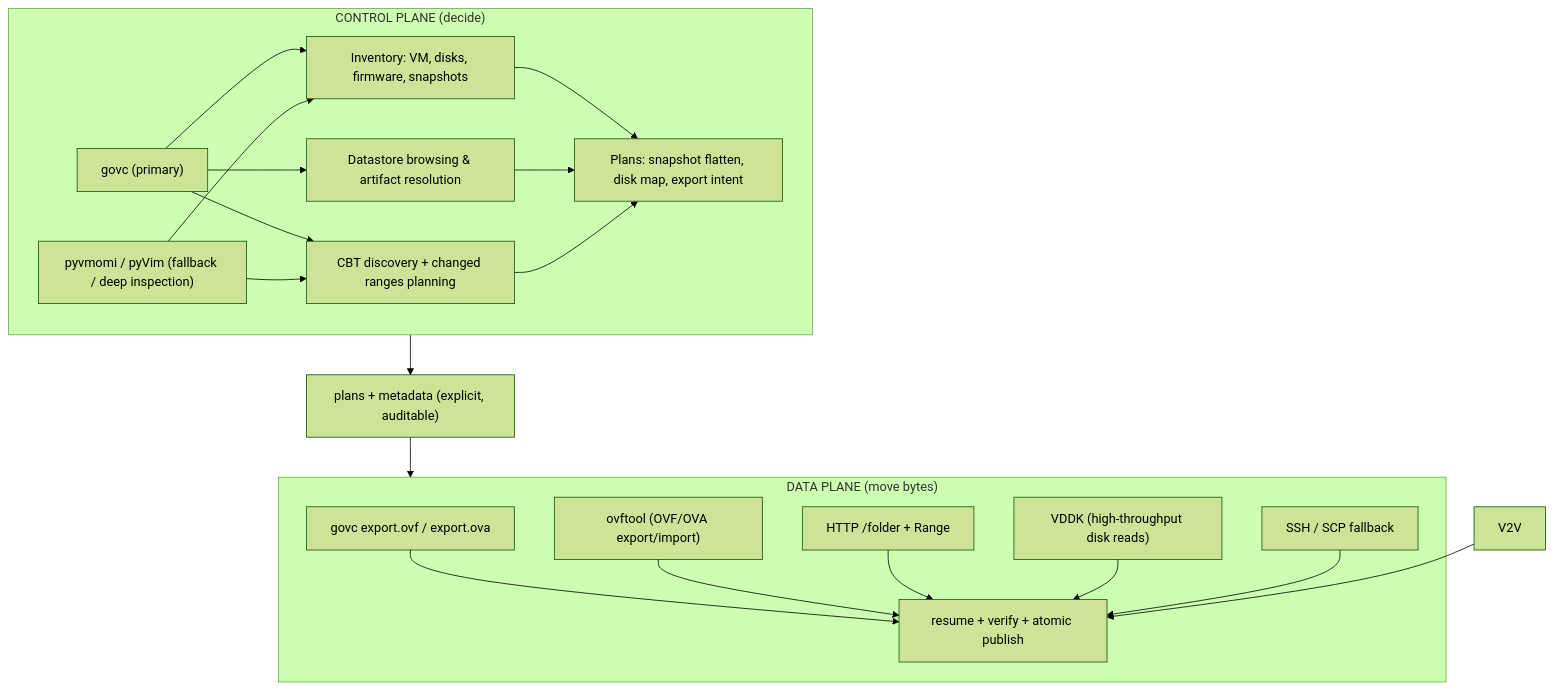
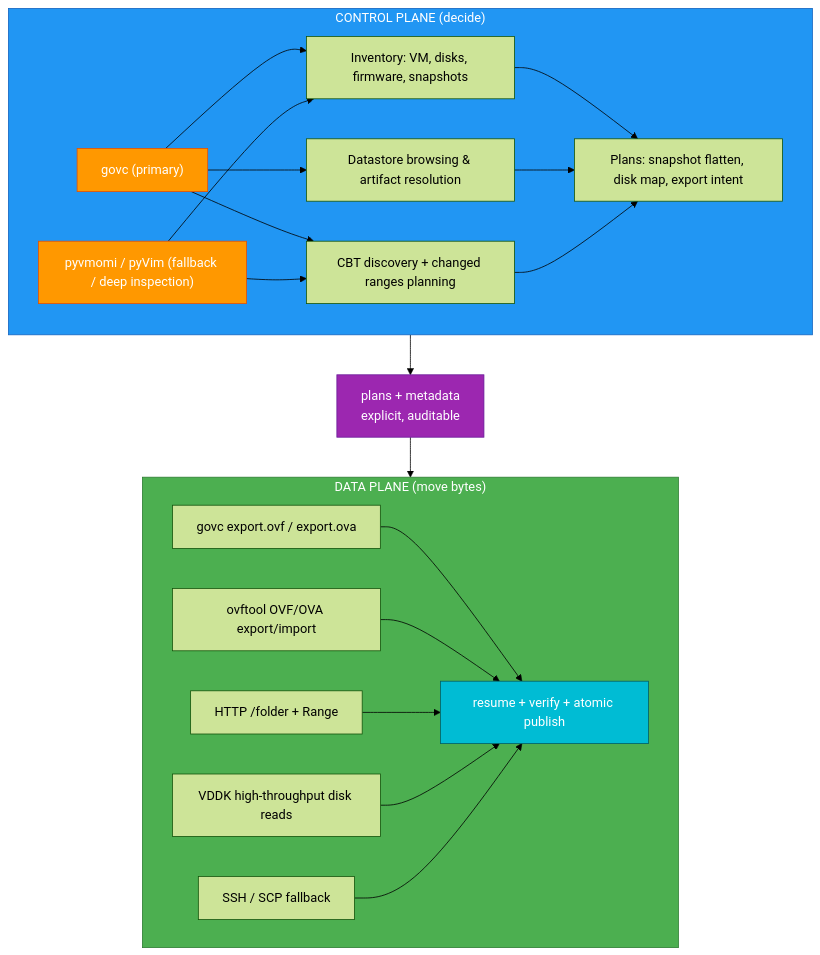
The second of 2 diagrams in README.md (ssahani/hyper2kvm), drawn with Mermaid (forest theme) before and after one commit. The commit also changed other lines of this file and 2 other files, not shown here.

Commit message:
docs: Fix and colorize Mermaid diagrams in README and architecture docs
- Fix syntax error in README (4 backticks → 3 backticks)
- Remove undefined V2V reference in control/data-plane diagram
- Add vibrant color schemes to all pipeline and architecture diagrams
- Update vSphere design diagrams with proper colors
- Use consistent Material Design color palette

````diff
--- a/README.md
+++ b/README.md
@@ -748,39 +757,45 @@
 ```mermaid
 flowchart TB
   subgraph CP["CONTROL PLANE (decide)"]
     GOVC["govc (primary)"]
     PYVM["pyvmomi / pyVim (fallback / deep inspection)"]
     INV["Inventory: VM, disks, firmware, snapshots"]
     PLAN["Plans: snapshot flatten, disk map, export intent"]
     DS["Datastore browsing & artifact resolution"]
     CBT["CBT discovery + changed ranges planning"]
 
     GOVC --> INV
     GOVC --> DS
     GOVC --> CBT
     PYVM --> INV
     PYVM --> CBT
     INV --> PLAN
     DS --> PLAN
     CBT --> PLAN
   end
 
-  META["plans + metadata (explicit, auditable)"]
+  META["plans + metadata<br/>explicit, auditable"]
 
   subgraph DP["DATA PLANE (move bytes)"]
     GOVCEXP["govc export.ovf / export.ova"]
-    OVFTOOL["ovftool (OVF/OVA export/import)"]
+    OVFTOOL["ovftool OVF/OVA export/import"]
     HTTP["HTTP /folder + Range"]
-    VDDK["VDDK (high-throughput disk reads)"]
+    VDDK["VDDK high-throughput disk reads"]
     SSH["SSH / SCP fallback"]
     RESUME["resume + verify + atomic publish"]
   end
 
   CP --> META --> DP
   GOVCEXP --> RESUME
   OVFTOOL --> RESUME
   HTTP --> RESUME
   VDDK --> RESUME
   SSH --> RESUME
-  V2V --> RESUME
+
+  style CP fill:#2196F3,stroke:#1565C0,color:#fff
+  style DP fill:#4CAF50,stroke:#2E7D32,color:#fff
+  style META fill:#9C27B0,stroke:#6A1B9A,color:#fff
+  style GOVC fill:#FF9800,stroke:#E65100,color:#fff
+  style PYVM fill:#FF9800,stroke:#E65100,color:#fff
+  style RESUME fill:#00BCD4,stroke:#006064,color:#fff
 ```
````
